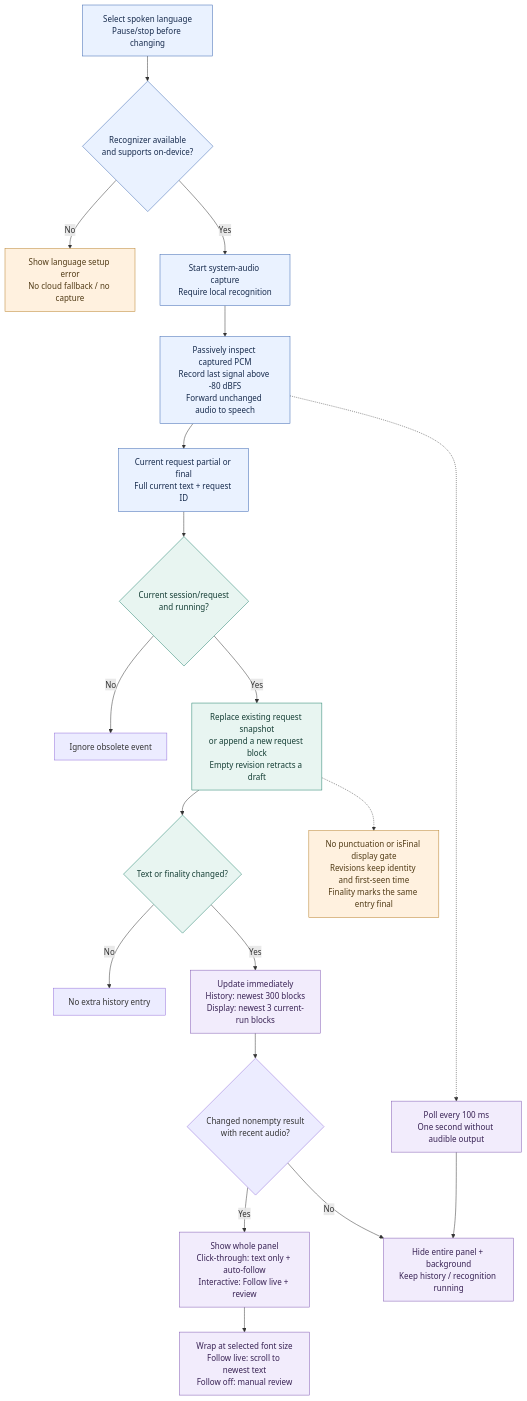
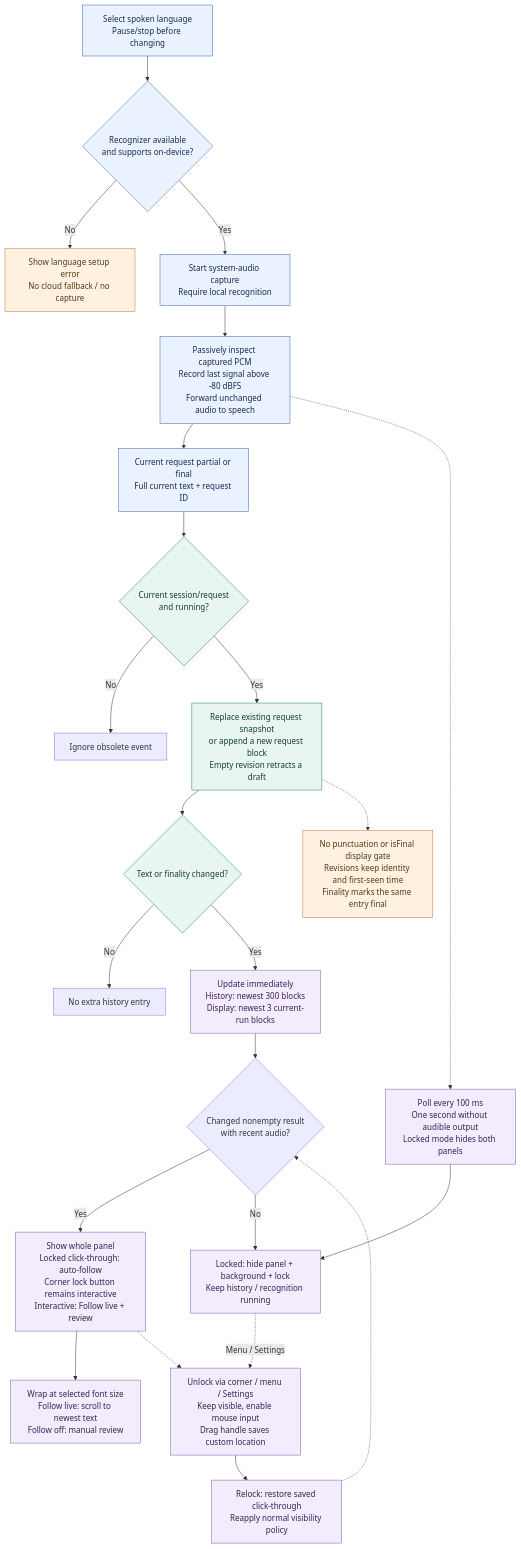
The diagram in docs/diagrams/caption-policy.mmd (mattt-s/ImmersionCaption), drawn with Mermaid before and after one commit. The commit also changed 26 other files, not shown here.

```diff
--- a/docs/diagrams/caption-policy.mmd
+++ b/docs/diagrams/caption-policy.mmd
@@ -1,40 +1,46 @@
 flowchart TD
     accTitle: Immediate revisable caption display policy
     accDescr: Select a locally supported language while paused or stopped. Each partial immediately replaces its request snapshot. Finality updates metadata rather than gating display. Recent text wraps and scrolls; history and display buffers are bounded.
     Select["Select spoken language<br/>Pause/stop before changing"]
     Ready{"Recognizer available<br/>and supports on-device?"}
     Error["Show language setup error<br/>No cloud fallback / no capture"]
     Start["Start system-audio capture<br/>Require local recognition"]
     Event["Current request partial or final<br/>Full current text + request ID"]
     Current{"Current session/request<br/>and running?"}
     Ignore["Ignore obsolete event"]
     Update["Replace existing request snapshot<br/>or append a new request block<br/>Empty revision retracts a draft"]
     Changed{"Text or finality changed?"}
     Duplicate["No extra history entry"]
     Publish["Update immediately<br/>History: newest 300 blocks<br/>Display: newest 3 current-run blocks"]
     Scroll["Wrap at selected font size<br/>Follow live: scroll to newest text<br/>Follow off: manual review"]
     Signal["Passively inspect captured PCM<br/>Record last signal above -80 dBFS<br/>Forward unchanged audio to speech"]
-    Quiet["Poll every 100 ms<br/>One second without audible output"]
-    Hide["Hide entire panel + background<br/>Keep history / recognition running"]
+    Quiet["Poll every 100 ms<br/>One second without audible output<br/>Locked mode hides both panels"]
+    Hide["Locked: hide panel + background + lock<br/>Keep history / recognition running"]
     Audible{"Changed nonempty result<br/>with recent audio?"}
-    Show["Show whole panel<br/>Click-through: text only + auto-follow<br/>Interactive: Follow live + review"]
+    Show["Show whole panel<br/>Locked click-through: auto-follow<br/>Corner lock button remains interactive<br/>Interactive: Follow live + review"]
+    Unlock["Unlock via corner / menu / Settings<br/>Keep visible, enable mouse input<br/>Drag handle saves custom location"]
+    Relock["Relock: restore saved click-through<br/>Reapply normal visibility policy"]
     Note["No punctuation or isFinal display gate<br/>Revisions keep identity and first-seen time<br/>Finality marks the same entry final"]
     Select --> Ready
     Ready -->|"No"| Error
     Ready -->|"Yes"| Start --> Signal --> Event --> Current
     Signal -.-> Quiet --> Hide
     Current -->|"No"| Ignore
     Current -->|"Yes"| Update --> Changed
     Changed -->|"No"| Duplicate
     Changed -->|"Yes"| Publish --> Audible
     Audible -->|"Yes"| Show --> Scroll
     Audible -->|"No"| Hide
     Update -.-> Note
+    Show -.-> Unlock
+    Hide -.->|"Menu / Settings"| Unlock
+    Unlock --> Relock
+    Relock -.-> Audible
     classDef input fill:#eaf2ff,stroke:#3b67b1,color:#172b4d
     classDef policy fill:#e8f5f1,stroke:#23836d,color:#153e35
     classDef output fill:#f2ecfc,stroke:#815bb3,color:#382254
     classDef warning fill:#fff1df,stroke:#b9822d,color:#513b16
     class Select,Ready,Start,Signal,Event input
     class Current,Update,Changed policy
-    class Publish,Scroll,Show,Quiet,Hide output
+    class Publish,Scroll,Show,Quiet,Hide,Unlock,Relock output
     class Error,Note warning
```
